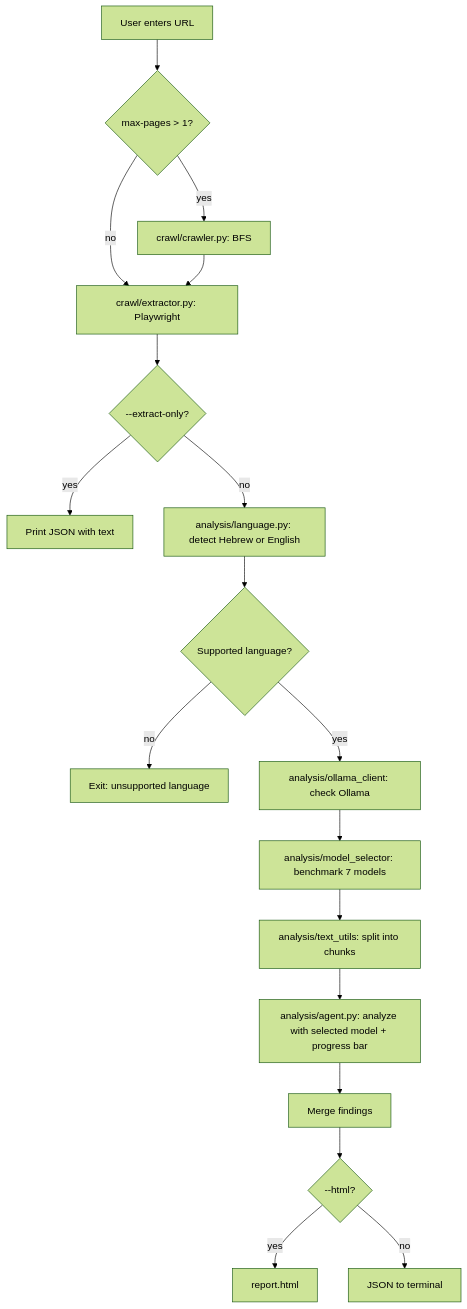
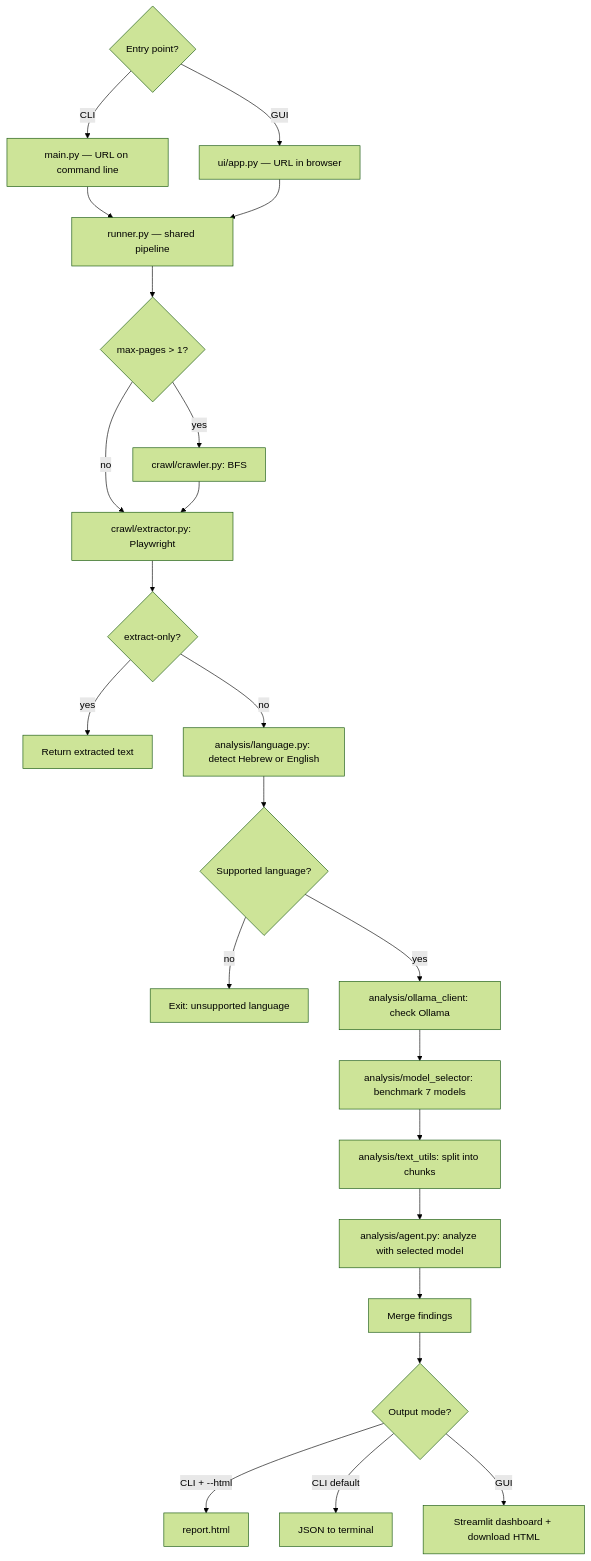
One commit to shlomi10/hebrew-site-proofreader-agent changed the diagram in README.md. Above: the diagram before and after it, drawn with Mermaid (forest theme). The commit also changed other lines of this file and 9 other files, not shown here.

First line of the commit message:
Add Streamlit cyber GUI, shared runner pipeline, and README screenshot.

````diff
--- a/README.md
+++ b/README.md
@@ -110,20 +180,26 @@
 ```mermaid
 flowchart TD
-    A[User enters URL] --> B{max-pages > 1?}
+    START{Entry point?}
+    START -->|CLI| A[main.py — URL on command line]
+    START -->|GUI| A2[ui/app.py — URL in browser]
+    A --> R[runner.py — shared pipeline]
+    A2 --> R
+    R --> B{max-pages > 1?}
     B -->|no| C[crawl/extractor.py: Playwright]
     B -->|yes| D[crawl/crawler.py: BFS]
     D --> C
-    C --> E{--extract-only?}
-    E -->|yes| F[Print JSON with text]
+    C --> E{extract-only?}
+    E -->|yes| F[Return extracted text]
     E -->|no| G[analysis/language.py: detect Hebrew or English]
     G --> G2{Supported language?}
     G2 -->|no| G3[Exit: unsupported language]
     G2 -->|yes| G4[analysis/ollama_client: check Ollama]
     G4 --> G5[analysis/model_selector: benchmark 7 models]
     G5 --> H[analysis/text_utils: split into chunks]
-    H --> I[analysis/agent.py: analyze with selected model + progress bar]
+    H --> I[analysis/agent.py: analyze with selected model]
     I --> J[Merge findings]
-    J --> K{--html?}
-    K -->|yes| L[report.html]
-    K -->|no| M[JSON to terminal]
+    J --> K{Output mode?}
+    K -->|CLI + --html| L[report.html]
+    K -->|CLI default| M[JSON to terminal]
+    K -->|GUI| N[Streamlit dashboard + download HTML]
 ```
````
